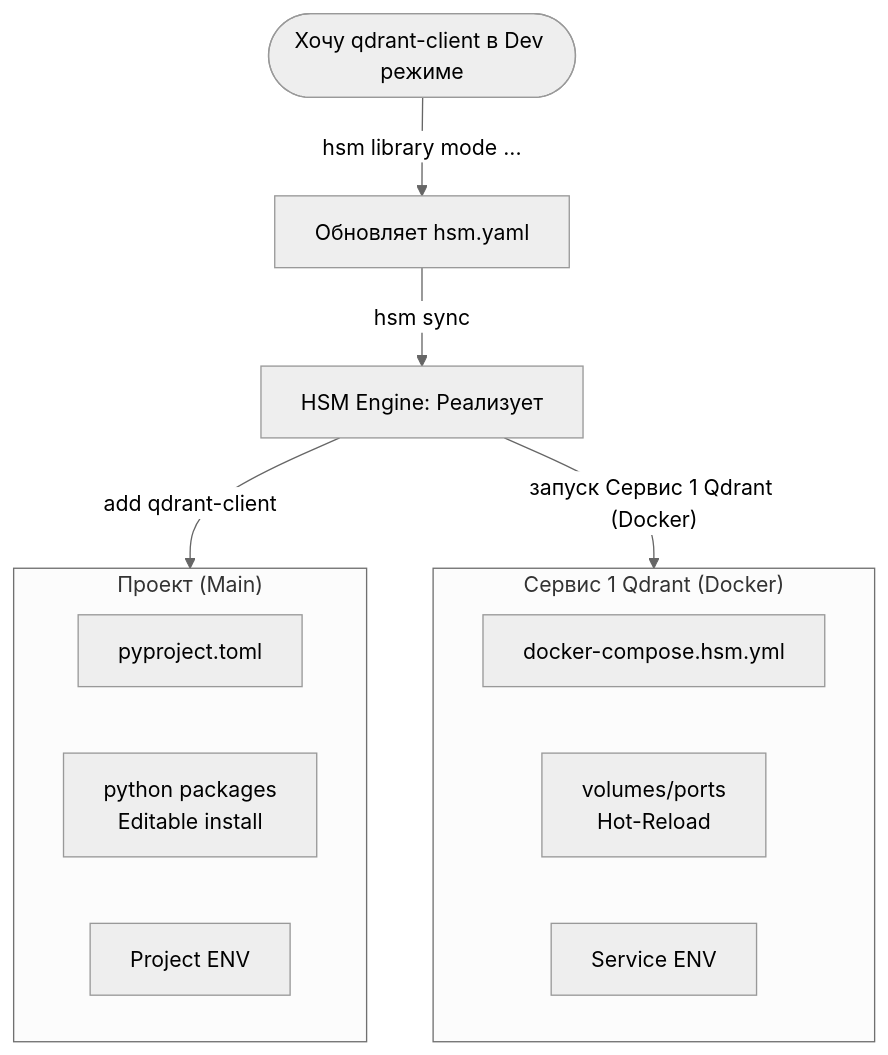
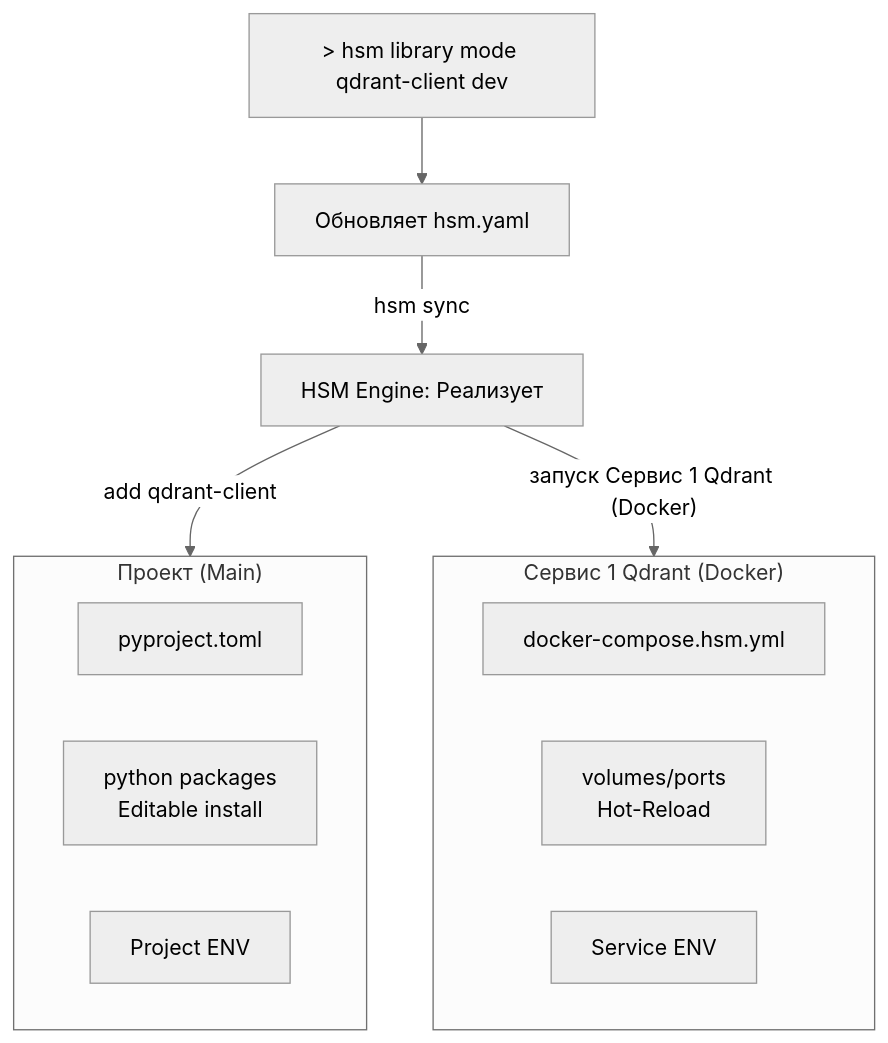
The third of 4 diagrams in tasks_descriptions/plans/main_page_final_draft.md (VLMHyperBenchTeam/hsm), drawn with Mermaid (neutral theme) before and after one commit. The commit also changed other lines of this file, not shown here.

Commit message:
docs(plans): update main page draft to reflect CLI interaction changes
- Sync draft with implemented changes in website/src/pages/index.tsx

````diff
--- a/tasks_descriptions/plans/main_page_final_draft.md
+++ b/tasks_descriptions/plans/main_page_final_draft.md
@@ -119,20 +119,20 @@
 ```mermaid
 graph TD
-    Intent([Хочу qdrant-client в Dev режиме]) -- "hsm library mode ..." --> HSM_YAML[Обновляет hsm.yaml]
+    CLI[> hsm library mode qdrant-client dev] --> HSM_YAML[Обновляет hsm.yaml]
     HSM_YAML -- "hsm sync" --> HSM_Engine[HSM Engine: Реализует]
     
     HSM_Engine -- "add qdrant-client" --> Project
     HSM_Engine -- "запуск Сервис 1 Qdrant (Docker)" --> S1
 
     subgraph Project ["Проект (Main)"]
         P2[pyproject.toml]
         PK2[python packages<br/>Editable install]
         E2[Project ENV]
     end
 
     subgraph S1 ["Сервис 1 Qdrant (Docker)"]
         D2[docker-compose.hsm.yml]
         V3[volumes/ports<br/>Hot-Reload]
         E3[Service ENV]
     end
 ```
````
